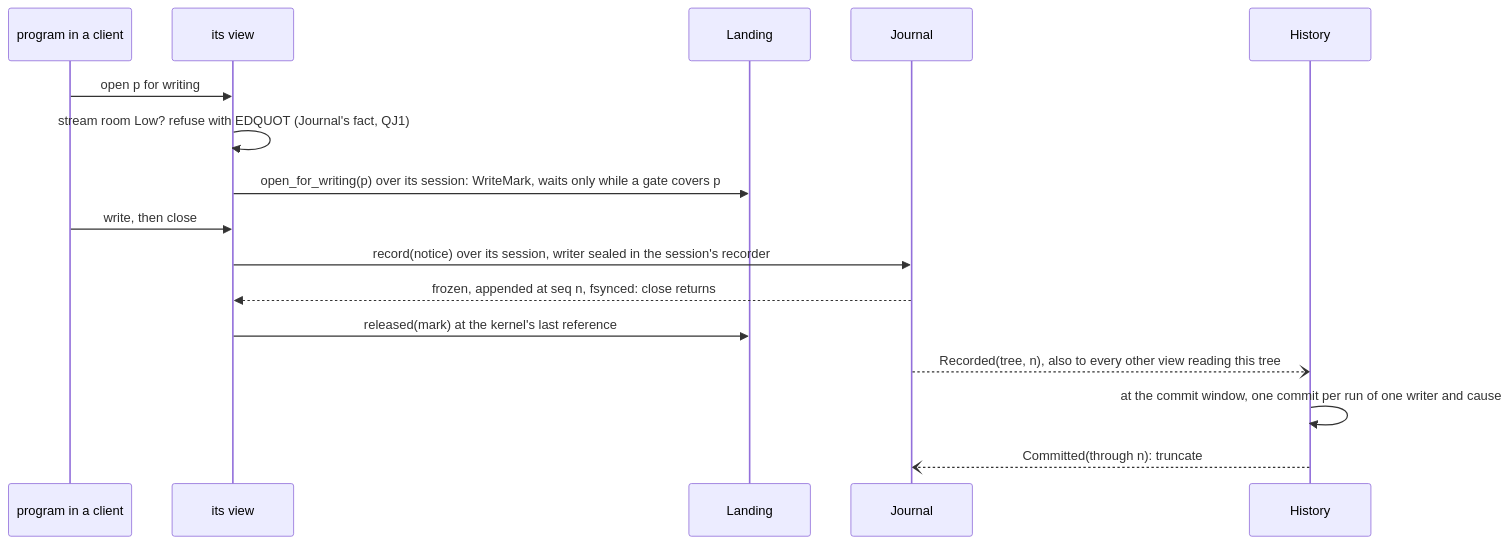
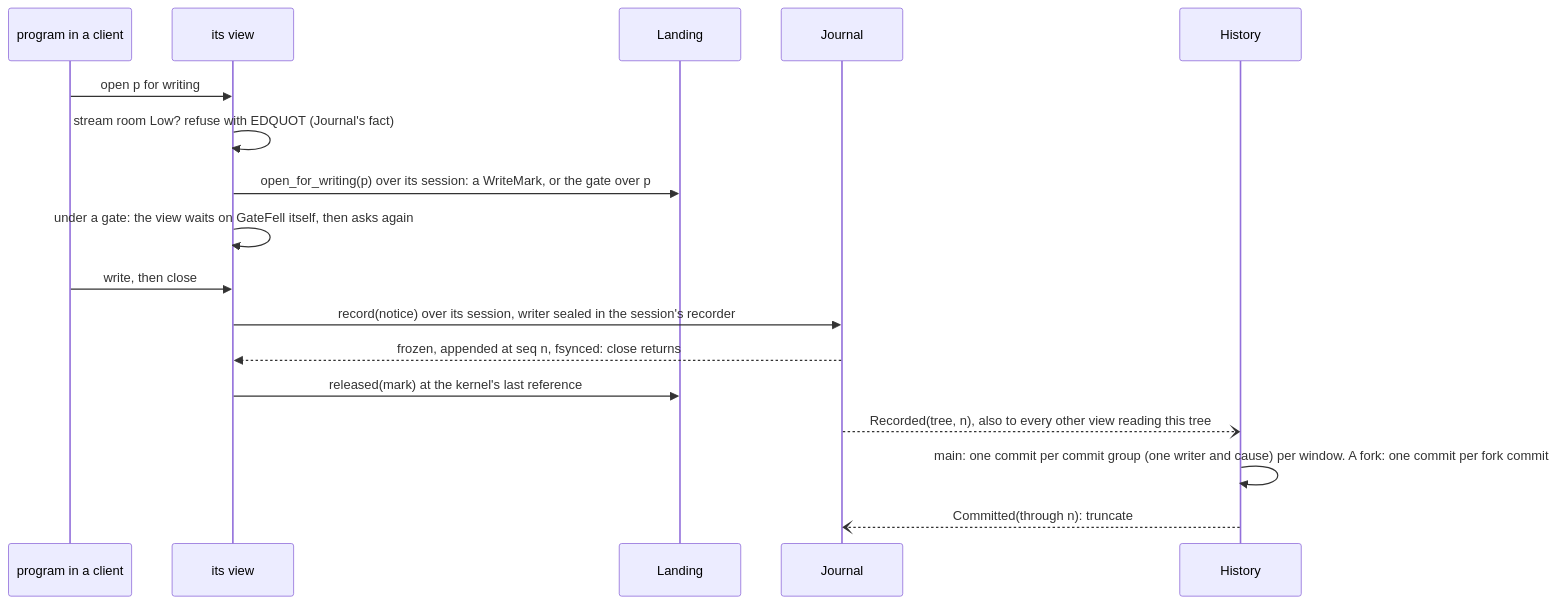
The fourth of 8 diagrams in docs/target-architecture/system.md (mcurcio/agentfs), drawn with Mermaid before and after one commit. The commit also changed other lines of this file and 12 other files, not shown here.

````diff
--- a/docs/target-architecture/system.md
+++ b/docs/target-architecture/system.md
@@ -481,18 +534,19 @@
 ```mermaid
 sequenceDiagram
   participant W as program in a client
   participant V as its view
   participant L as Landing
   participant J as Journal
   participant H as History
   W->>V: open p for writing
-  V->>V: stream room Low? refuse with EDQUOT (Journal's fact, QJ1)
-  V->>L: open_for_writing(p) over its session: WriteMark, waits only while a gate covers p
+  V->>V: stream room Low? refuse with EDQUOT (Journal's fact)
+  V->>L: open_for_writing(p) over its session: a WriteMark, or the gate over p
+  V->>V: under a gate: the view waits on GateFell itself, then asks again
   W->>V: write, then close
   V->>J: record(notice) over its session, writer sealed in the session's recorder
   J-->>V: frozen, appended at seq n, fsynced: close returns
   V->>L: released(mark) at the kernel's last reference
   J--)H: Recorded(tree, n), also to every other view reading this tree
-  H->>H: at the commit window, one commit per run of one writer and cause
+  H->>H: main: one commit per commit group (one writer and cause) per window. A fork: one commit per fork commit
   H--)J: Committed(through n): truncate
 ```
````
